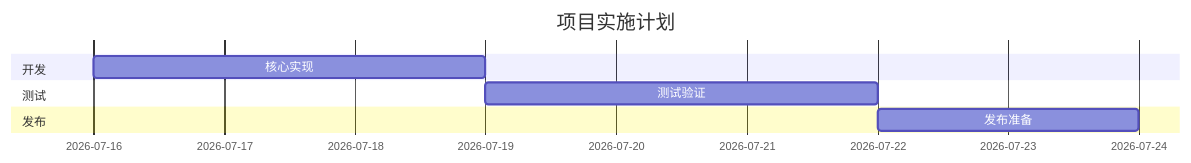
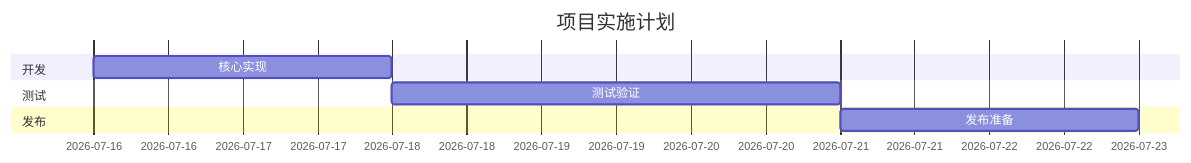
One commit to javadoors/cluster-api-provider-bke changed the seventh of 7 diagrams in code/performance/report/api-throttling-optimization.md. Above: the diagram before and after it, drawn with Mermaid. The commit also changed other lines of this file, not shown here.

````diff
--- a/code/performance/report/api-throttling-optimization.md
+++ b/code/performance/report/api-throttling-optimization.md
@@ -818,11 +633,11 @@
 ```mermaid
 gantt
     title 项目实施计划
     dateFormat  YYYY-MM-DD
     section 开发
-    核心实现             :a1, 2026-07-16, 3d
+    核心实现             :a1, 2026-07-16, 2d
     section 测试
     测试验证             :b1, after a1, 3d
     section 发布
     发布准备             :c1, after b1, 2d
 ```
````
